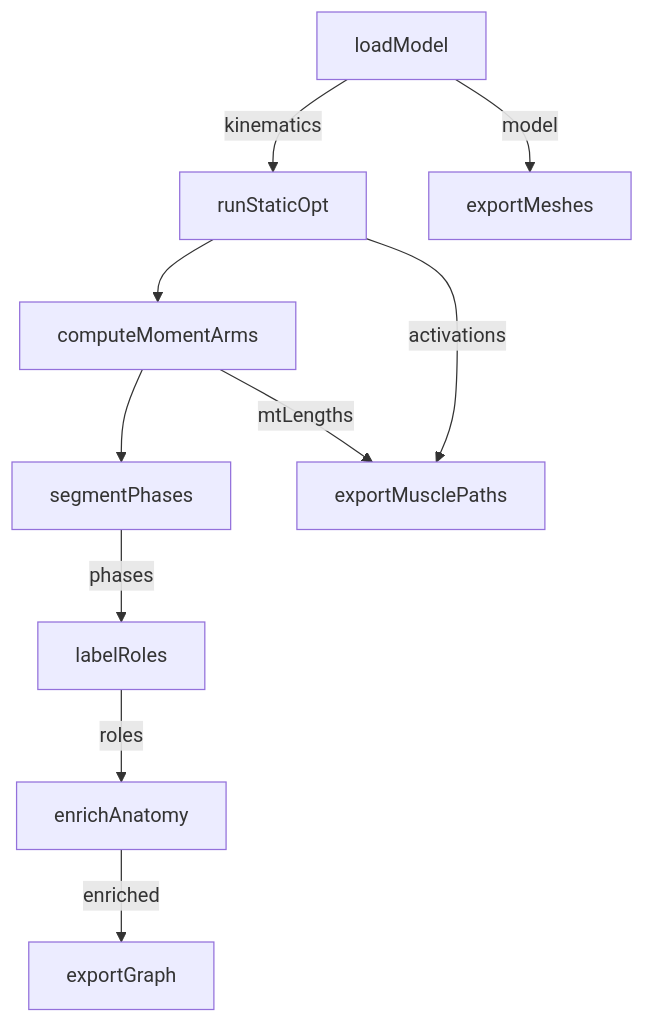
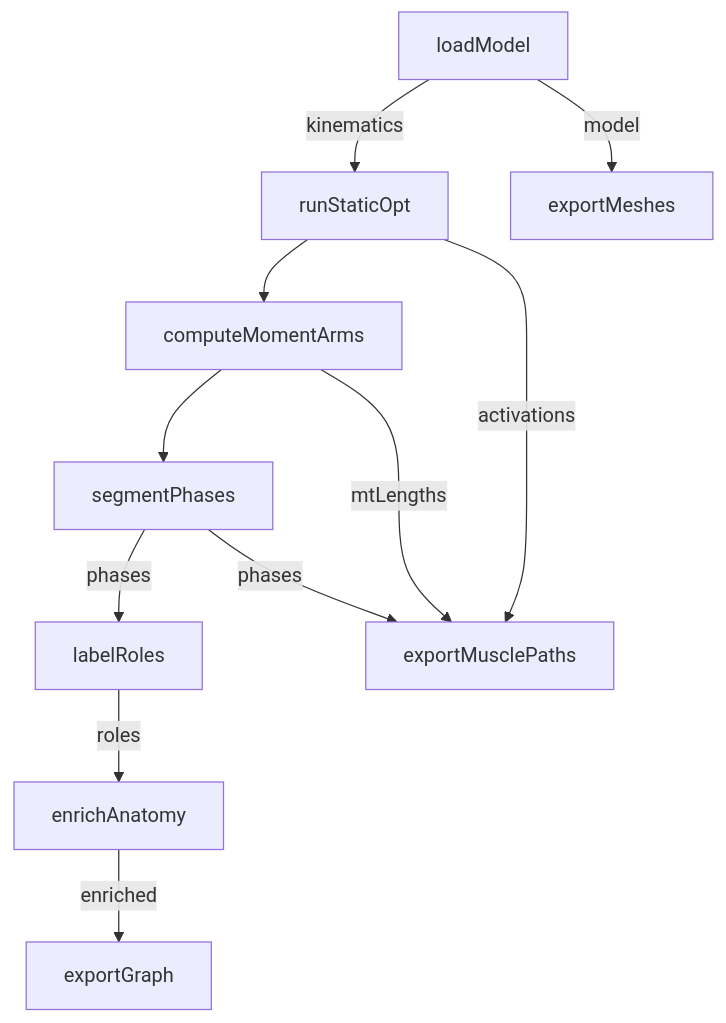
One commit to argent0/bio-mechanics changed the diagram in generated/diagrams/pipeline.mmd. Above: the diagram before and after it, drawn with Mermaid. The commit also changed 5 other files, not shown here.

Commit message:
Pipeline: exportMusclePaths reads phases (K14) Edge segmentPhases -> exportMusclePaths; regenerate

```diff
--- a/generated/diagrams/pipeline.mmd
+++ b/generated/diagrams/pipeline.mmd
@@ -1,20 +1,21 @@
 %% Generated by `lake exe gen` from spec/BioMech/Pipeline.lean. Edit the Lean source, then regenerate: cd spec && lake exe gen
 flowchart TB
   n_loadModel["loadModel"]
   n_runStaticOpt["runStaticOpt"]
   n_computeMomentArms["computeMomentArms"]
   n_segmentPhases["segmentPhases"]
   n_labelRoles["labelRoles"]
   n_enrichAnatomy["enrichAnatomy"]
   n_exportGraph["exportGraph"]
   n_exportMeshes["exportMeshes"]
   n_exportMusclePaths["exportMusclePaths"]
   n_loadModel -->|"kinematics"| n_runStaticOpt
   n_runStaticOpt --> n_computeMomentArms
   n_computeMomentArms --> n_segmentPhases
   n_segmentPhases -->|"phases"| n_labelRoles
   n_labelRoles -->|"roles"| n_enrichAnatomy
   n_enrichAnatomy -->|"enriched"| n_exportGraph
   n_loadModel -->|"model"| n_exportMeshes
   n_computeMomentArms -->|"mtLengths"| n_exportMusclePaths
   n_runStaticOpt -->|"activations"| n_exportMusclePaths
+  n_segmentPhases -->|"phases"| n_exportMusclePaths
```
